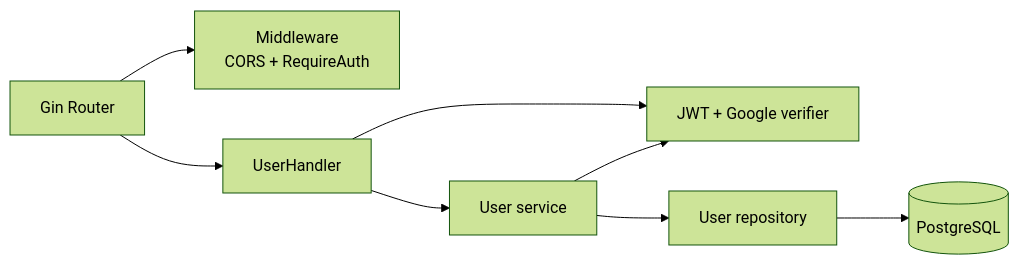
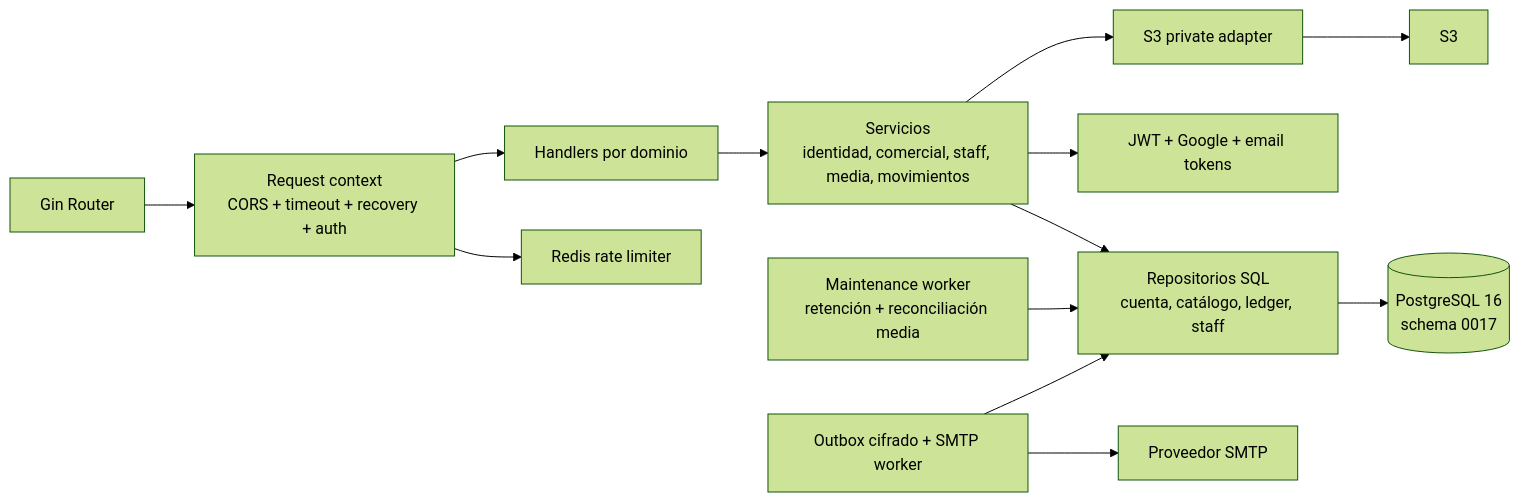
Before and after one commit to gagonzalez1/puntazo-docs: the diagram in docs/architecture/04-backend-components.md, drawn with Mermaid (forest theme). The commit also changed other lines of this file and 4 other files, not shown here.

Commit message:
docs(architecture): map implemented release containers

````diff
--- a/docs/architecture/04-backend-components.md
+++ b/docs/architecture/04-backend-components.md
@@ -16,22 +15,32 @@
 ```mermaid
 flowchart LR
     ROUTER["Gin Router"]
-    MIDDLE["Middleware\nCORS + RequireAuth"]
-    HANDLER["UserHandler"]
-    SERVICE["User service"]
-    AUTH["JWT + Google verifier"]
-    REPO["User repository"]
-    DB[("PostgreSQL")]
+    MIDDLE["Request context
+CORS + timeout + recovery + auth"]
+    HANDLER["Handlers por dominio"]
+    SERVICE["Servicios
+identidad, comercial, staff, media, movimientos"]
+    REPO["Repositorios SQL
+cuenta, catálogo, ledger, staff"]
+    MAINT["Maintenance worker
+retención + reconciliación media"]
+    AUTH["JWT + Google + email tokens"]
+    MAIL["Outbox cifrado + SMTP worker"]
+    LIMIT["Redis rate limiter"]
+    STORAGE["S3 private adapter"]
+    DB[("PostgreSQL 16
+schema 0017")]
 
     ROUTER --> MIDDLE
-    ROUTER --> HANDLER
+    MIDDLE --> HANDLER
     HANDLER --> SERVICE
-    HANDLER --> AUTH
     SERVICE --> AUTH
     SERVICE --> REPO
+    SERVICE --> STORAGE
     REPO --> DB
-
-    click HANDLER href "#/sequence-register" "Ver secuencia de registro"
-    click AUTH href "#/sequence-google" "Ver Google Auth"
-    click DB href "#/data-current" "Ver tabla users"
+    MAINT --> REPO
+    MAIL --> REPO
+    MAIL --> SMTP["Proveedor SMTP"]
+    MIDDLE --> LIMIT
+    STORAGE --> S3
 ```
````
